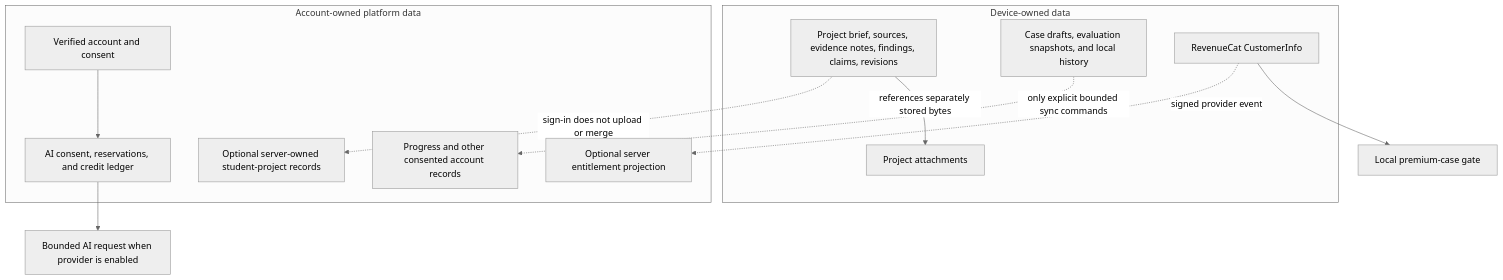
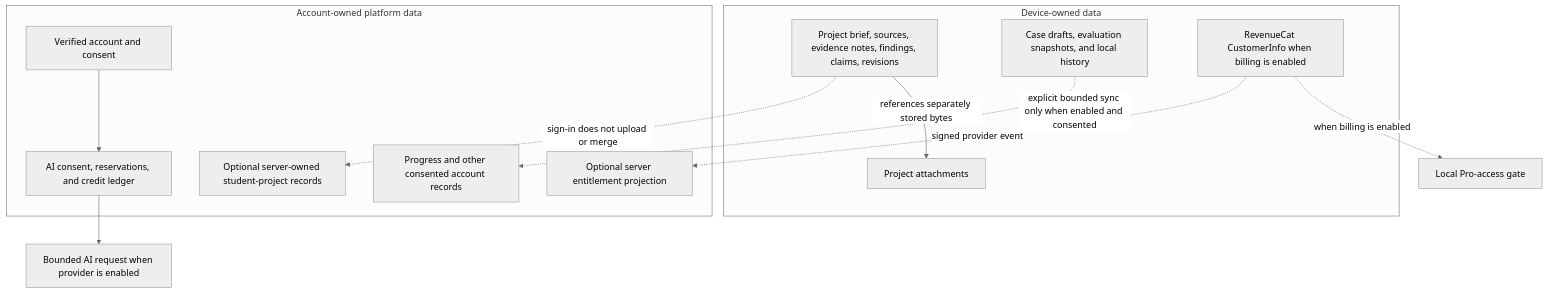
Before and after one commit to AndroLay/evidrilo: the second of 21 diagrams in docs/architecture/system-execution-flows.md, drawn with Mermaid (neutral theme). The commit also changed other lines of this file and 188 other files, not shown here.

````diff
--- a/docs/architecture/system-execution-flows.md
+++ b/docs/architecture/system-execution-flows.md
@@ -66,25 +74,25 @@
 ```mermaid
 flowchart TB
     subgraph Device[Device-owned data]
         LocalProject[Project brief, sources, evidence notes, findings, claims, revisions]
         Attachments[Project attachments]
         CaseDraft[Case drafts, evaluation snapshots, and local history]
-        CustomerInfo[RevenueCat CustomerInfo]
+        CustomerInfo[RevenueCat CustomerInfo when billing is enabled]
     end
 
     subgraph Server[Account-owned platform data]
         Account[Verified account and consent]
         Progress[Progress and other consented account records]
         ServerProject[Optional server-owned student-project records]
         AiLedger[AI consent, reservations, and credit ledger]
         EntitlementProjection[Optional server entitlement projection]
     end
 
     LocalProject -->|references separately stored bytes| Attachments
     LocalProject -. sign-in does not upload or merge .-> ServerProject
-    CaseDraft -. only explicit bounded sync commands .-> Progress
-    CustomerInfo --> LocalCaseAccess[Local premium-case gate]
+    CaseDraft -. explicit bounded sync only when enabled and consented .-> Progress
+    CustomerInfo -. when billing is enabled .-> LocalCaseAccess[Local Pro-access gate]
     CustomerInfo -. signed provider event .-> EntitlementProjection
     Account --> AiLedger
     AiLedger --> AiRequest[Bounded AI request when provider is enabled]
 ```
````
